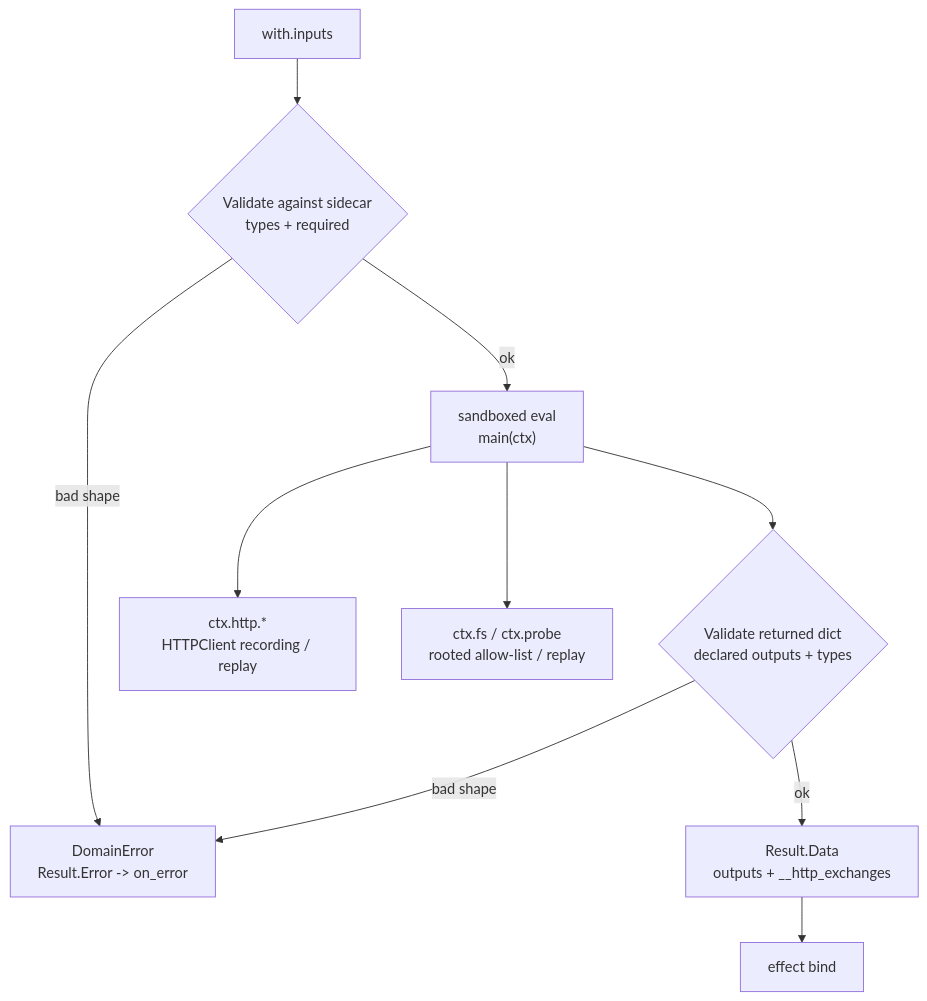
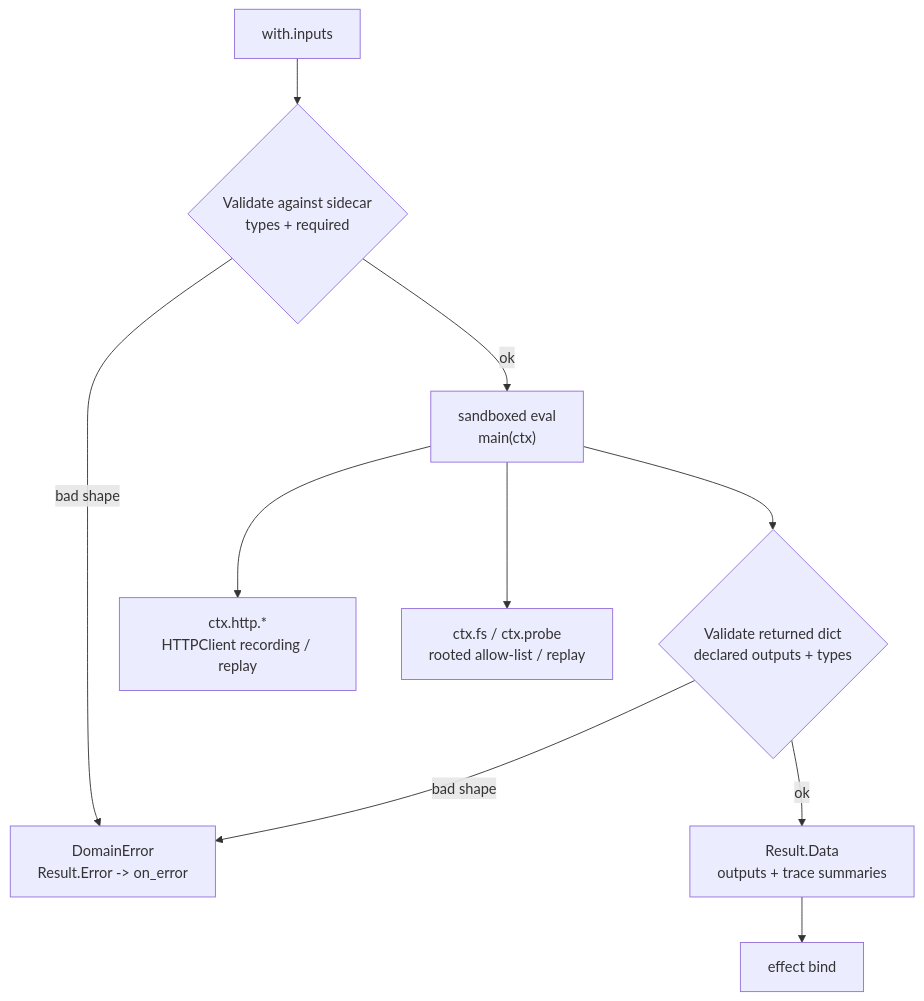
One commit to bsacrobatix/Kitsoki changed the first of 2 diagrams in docs/architecture/hosts.md. Above: the diagram before and after it, drawn with Mermaid. The commit also changed other lines of this file and 3 other files, not shown here.

````diff
--- a/docs/architecture/hosts.md
+++ b/docs/architecture/hosts.md
@@ -271,21 +272,21 @@
 ```mermaid
 flowchart TD
     inputs["with.inputs"]
     validateIn{"Validate against sidecar<br/>types + required"}
     eval["sandboxed eval<br/>main(ctx)"]
     http["ctx.http.*<br/>HTTPClient recording / replay"]
     fs["ctx.fs / ctx.probe<br/>rooted allow-list / replay"]
     validateOut{"Validate returned dict<br/>declared outputs + types"}
-    result["Result.Data<br/>outputs + __http_exchanges"]
+    result["Result.Data<br/>outputs + trace summaries"]
     bind["effect bind"]
     domain["DomainError<br/>Result.Error -> on_error"]
 
     inputs --> validateIn
     validateIn -->|"bad shape"| domain
     validateIn -->|"ok"| eval
     eval --> http
     eval --> fs
     eval --> validateOut
     validateOut -->|"bad shape"| domain
     validateOut -->|"ok"| result --> bind
 ```
````
